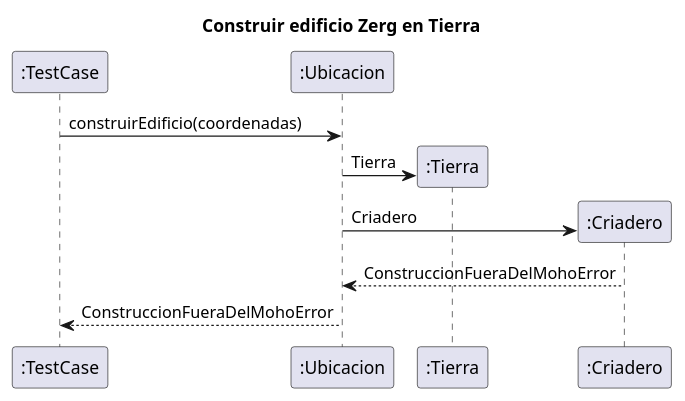
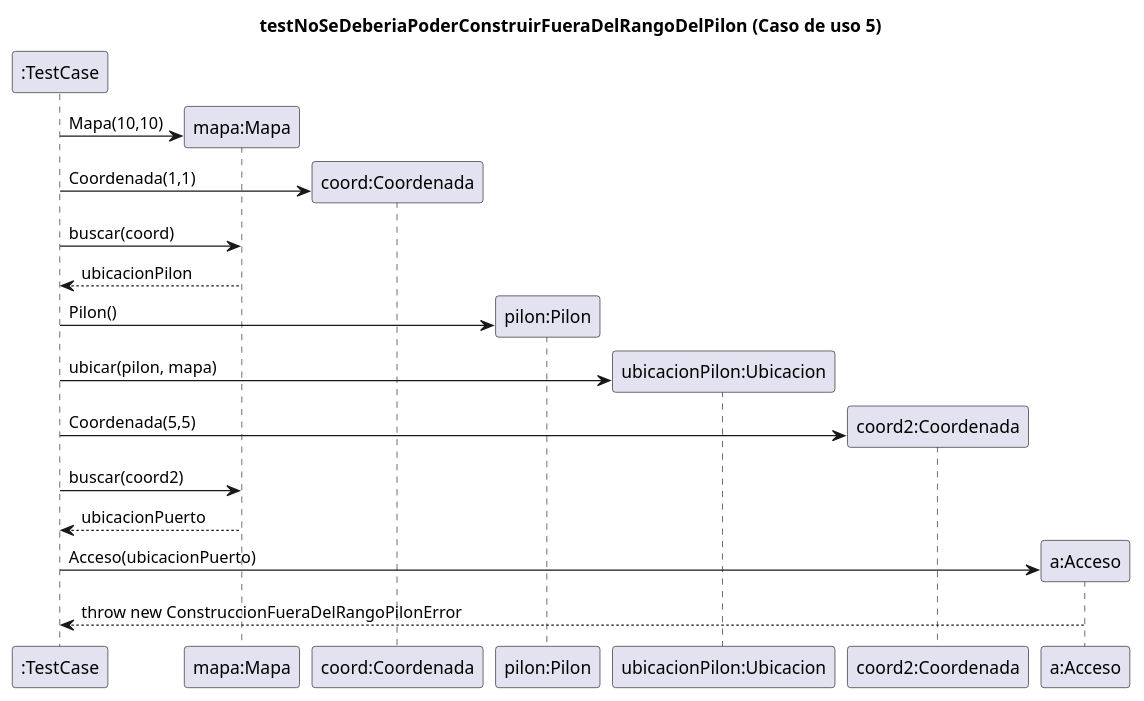
One commit to nicolasgirardi/algo3_TP2_AlgoStar changed the diagram in diagrams/sequences/CasoDeUso5.puml. Above: the diagram before and after it, drawn with PlantUML. The commit also changed 1 other file, not shown here.

Commit message:
Actualizo diagramas

```diff
--- a/diagrams/sequences/CasoDeUso5.puml
+++ b/diagrams/sequences/CasoDeUso5.puml
@@ -1,16 +1,25 @@
 @startuml
-'https://plantuml.com/sequence-diagram
 
+title testNoSeDeberiaPoderConstruirFueraDelRangoDelPilon (Caso de uso 5)
 
-title Construir edificio Zerg en Tierra
-":TestCase" -> ":Ubicacion": construirEdificio(coordenadas)
-
-create ":Tierra"
-":Ubicacion" -> ":Tierra": Tierra
-create ":Criadero"
-":Ubicacion" -> ":Criadero": Criadero
-":Criadero" --> ":Ubicacion": ConstruccionFueraDelMohoError
-":Ubicacion" --> ":TestCase": ConstruccionFueraDelMohoError
+create ":TestCase"
+create "mapa:Mapa"
+":TestCase" -> "mapa:Mapa":Mapa(10,10)
+create "coord:Coordenada"
+":TestCase" -> "coord:Coordenada":Coordenada(1,1)
+":TestCase" -> "mapa:Mapa":buscar(coord)
+return ubicacionPilon
+create "pilon:Pilon"
+":TestCase" -> "pilon:Pilon":Pilon()
+create "ubicacionPilon:Ubicacion"
+":TestCase" -> "ubicacionPilon:Ubicacion":ubicar(pilon, mapa)
+create "coord2:Coordenada"
+":TestCase" -> "coord2:Coordenada":Coordenada(5,5)
+":TestCase" -> "mapa:Mapa":buscar(coord2)
+return ubicacionPuerto
+create "a:Acceso"
+":TestCase" -> "a:Acceso":Acceso(ubicacionPuerto)
+"a:Acceso" --> ":TestCase": throw new ConstruccionFueraDelRangoPilonError
 
 
 @enduml
```
